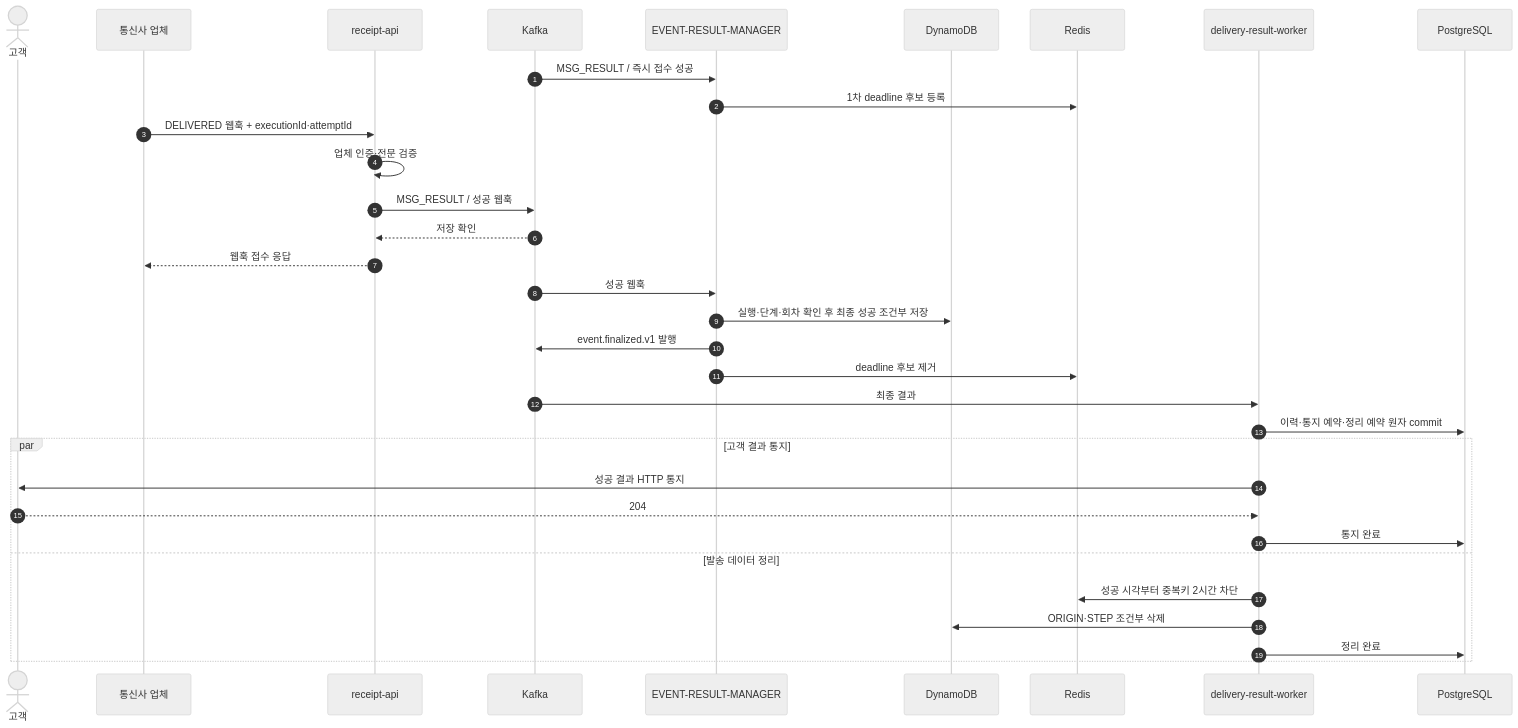
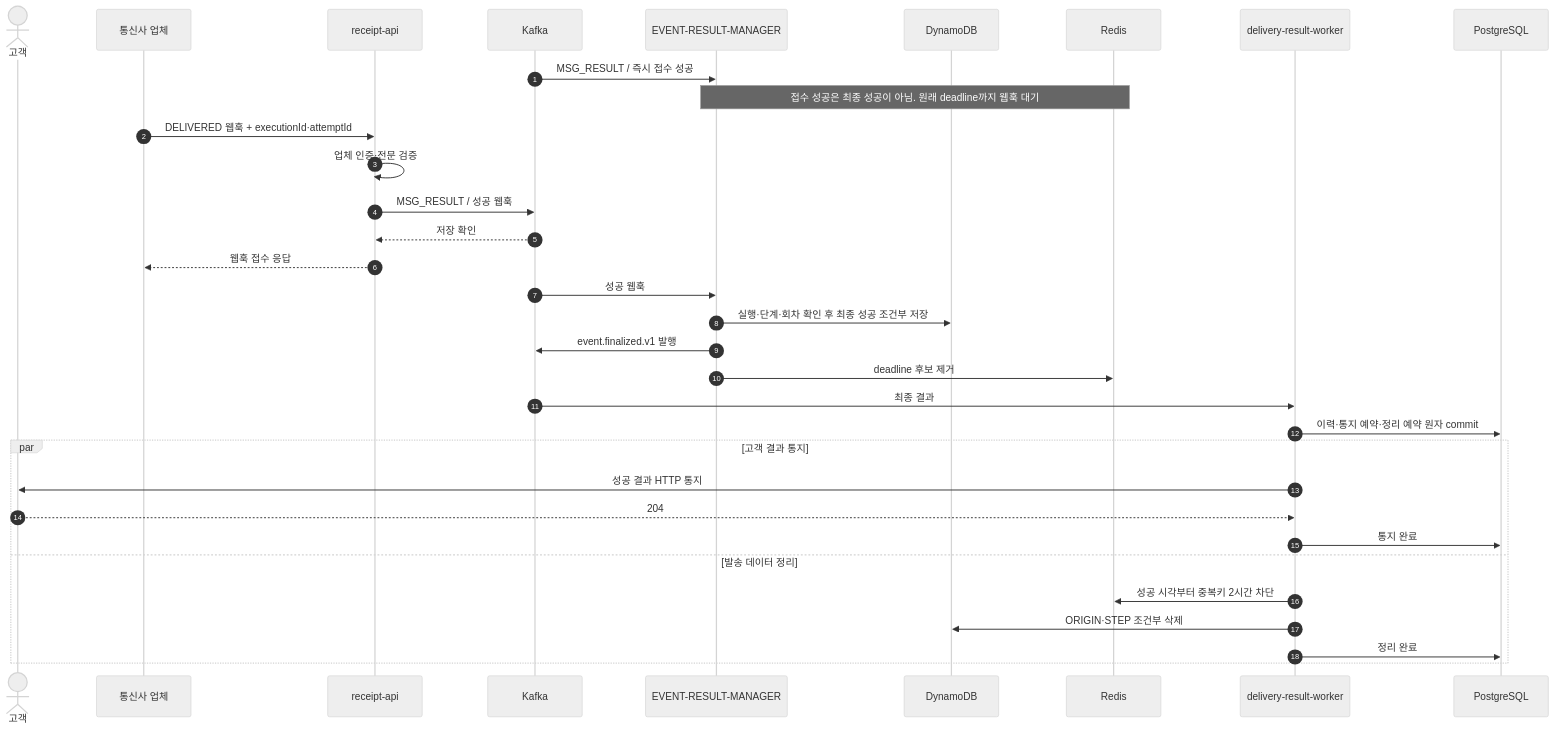
Before and after one commit to hyun-seung/High-throughput-event-platform: the second of 9 diagrams in docs/53-신규-이벤트-케이스별-Call-Flow.md, drawn with Mermaid (neutral theme). The commit also changed other lines of this file, not shown here.

````diff
--- a/docs/53-신규-이벤트-케이스별-Call-Flow.md
+++ b/docs/53-신규-이벤트-케이스별-Call-Flow.md
@@ -61,35 +61,35 @@
 ```mermaid
 sequenceDiagram
     autonumber
     actor C as 고객
     participant P as 통신사 업체
     participant W as receipt-api
     participant K as Kafka
     participant M as EVENT-RESULT-MANAGER
     participant D as DynamoDB
     participant R as Redis
     participant H as delivery-result-worker
     participant Q as PostgreSQL
     K->>M: MSG_RESULT / 즉시 접수 성공
-    M->>R: 1차 deadline 후보 등록
+    Note over M,R: 접수 성공은 최종 성공이 아님. 원래 deadline까지 웹훅 대기
     P->>W: DELIVERED 웹훅 + executionId·attemptId
     W->>W: 업체 인증·전문 검증
     W->>K: MSG_RESULT / 성공 웹훅
     K-->>W: 저장 확인
     W-->>P: 웹훅 접수 응답
     K->>M: 성공 웹훅
     M->>D: 실행·단계·회차 확인 후 최종 성공 조건부 저장
     M->>K: event.finalized.v1 발행
     M->>R: deadline 후보 제거
     K->>H: 최종 결과
     H->>Q: 이력·통지 예약·정리 예약 원자 commit
     par 고객 결과 통지
         H->>C: 성공 결과 HTTP 통지
         C-->>H: 204
         H->>Q: 통지 완료
     and 발송 데이터 정리
         H->>R: 성공 시각부터 중복키 2시간 차단
         H->>D: ORIGIN·STEP 조건부 삭제
         H->>Q: 정리 완료
     end
 ```
````
